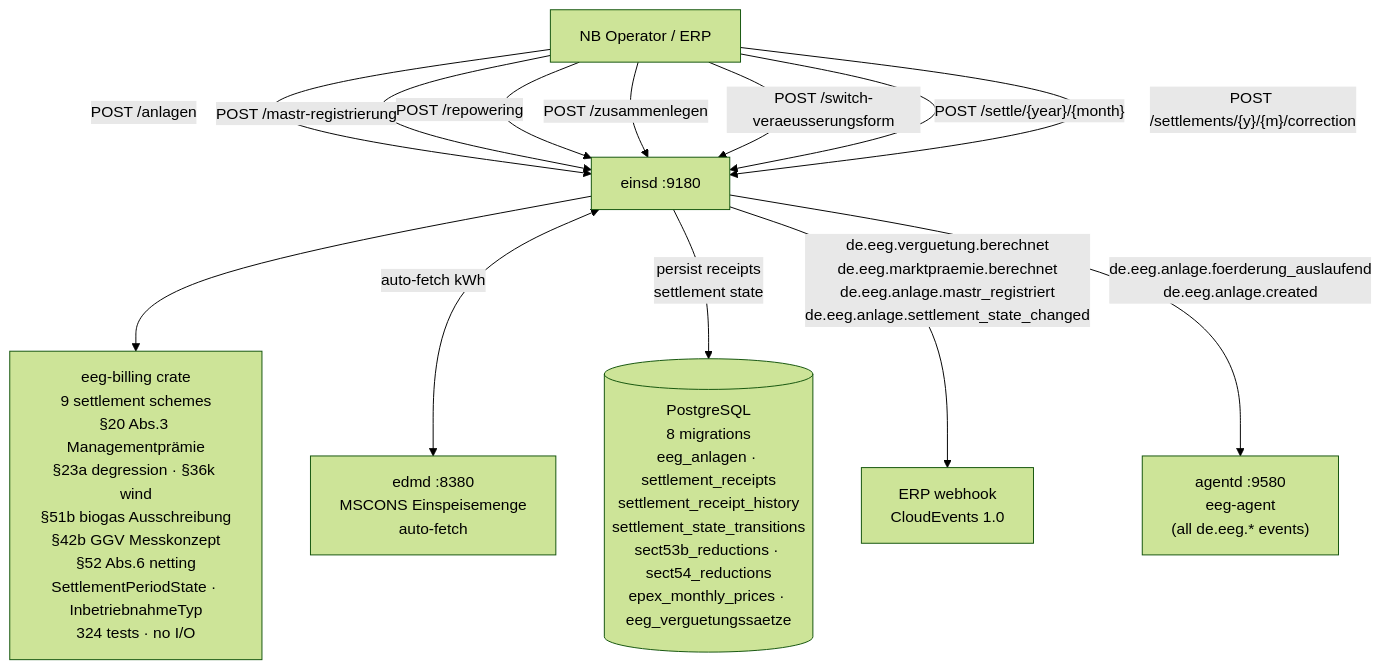
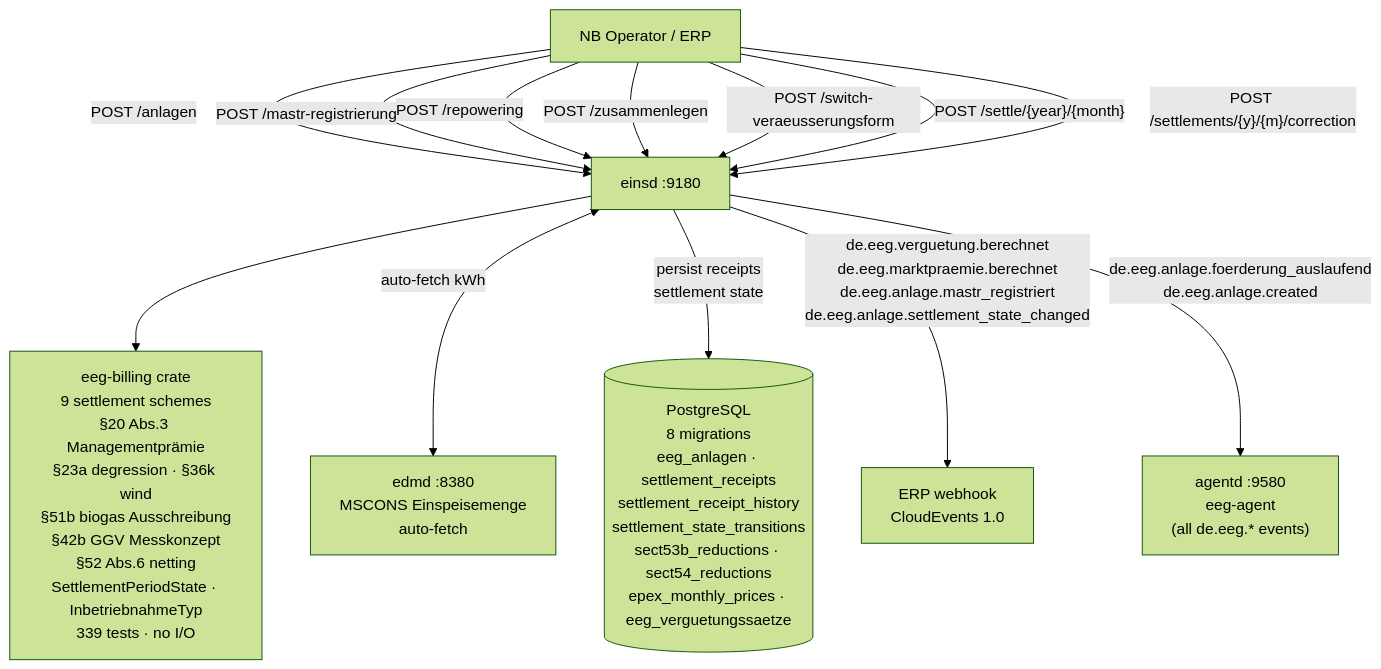
Before and after one commit to hupe1980/mako: the first of 8 diagrams in docs/einsd.md, drawn with Mermaid (forest theme). The commit also changed other lines of this file and 23 other files, not shown here.

````diff
--- a/docs/einsd.md
+++ b/docs/einsd.md
@@ -30,23 +30,23 @@
 ```mermaid
 graph TB
     Operator["NB Operator / ERP"]
     edmd["edmd :8380\nMSCONS Einspeisemenge\nauto-fetch"]
     einsd["einsd :9180"]
-    eeg_billing["eeg-billing crate\n9 settlement schemes\n§20 Abs.3 Managementprämie\n§23a degression · §36k wind\n§51b biogas Ausschreibung\n§42b GGV Messkonzept\n§52 Abs.6 netting\nSettlementPeriodState · InbetriebnahmeTyp\n324 tests · no I/O"]
+    eeg_billing["eeg-billing crate\n9 settlement schemes\n§20 Abs.3 Managementprämie\n§23a degression · §36k wind\n§51b biogas Ausschreibung\n§42b GGV Messkonzept\n§52 Abs.6 netting\nSettlementPeriodState · InbetriebnahmeTyp\n339 tests · no I/O"]
     db[("PostgreSQL\n8 migrations\neeg_anlagen · settlement_receipts\nsettlement_receipt_history\nsettlement_state_transitions\nsect53b_reductions · sect54_reductions\nepex_monthly_prices · eeg_verguetungssaetze")]
     erp["ERP webhook\nCloudEvents 1.0"]
     agentd["agentd :9580\neeg-agent\n(all de.eeg.* events)"]
 
     Operator -->|"POST /anlagen"| einsd
     Operator -->|"POST /mastr-registrierung"| einsd
     Operator -->|"POST /repowering"| einsd
     Operator -->|"POST /zusammenlegen"| einsd
     Operator -->|"POST /switch-veraeusserungsform"| einsd
     Operator -->|"POST /settle/{year}/{month}"| einsd
     Operator -->|"POST /settlements/{y}/{m}/correction"| einsd
     einsd --> eeg_billing
     einsd <-->|"auto-fetch kWh"| edmd
     einsd -->|"persist receipts\nsettlement state"| db
     einsd -->|"de.eeg.verguetung.berechnet\nde.eeg.marktpraemie.berechnet\nde.eeg.anlage.mastr_registriert\nde.eeg.anlage.settlement_state_changed"| erp
     einsd -->|"de.eeg.anlage.foerderung_auslaufend\nde.eeg.anlage.created"| agentd
 ```
````
